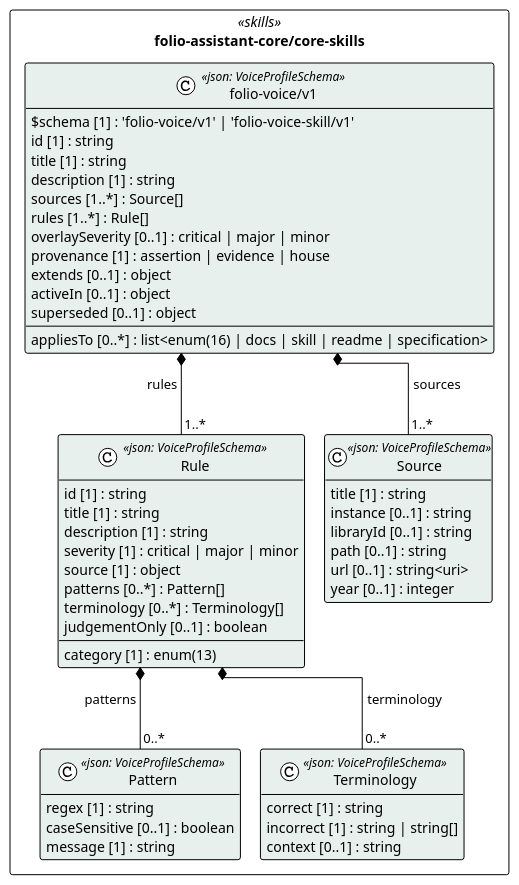
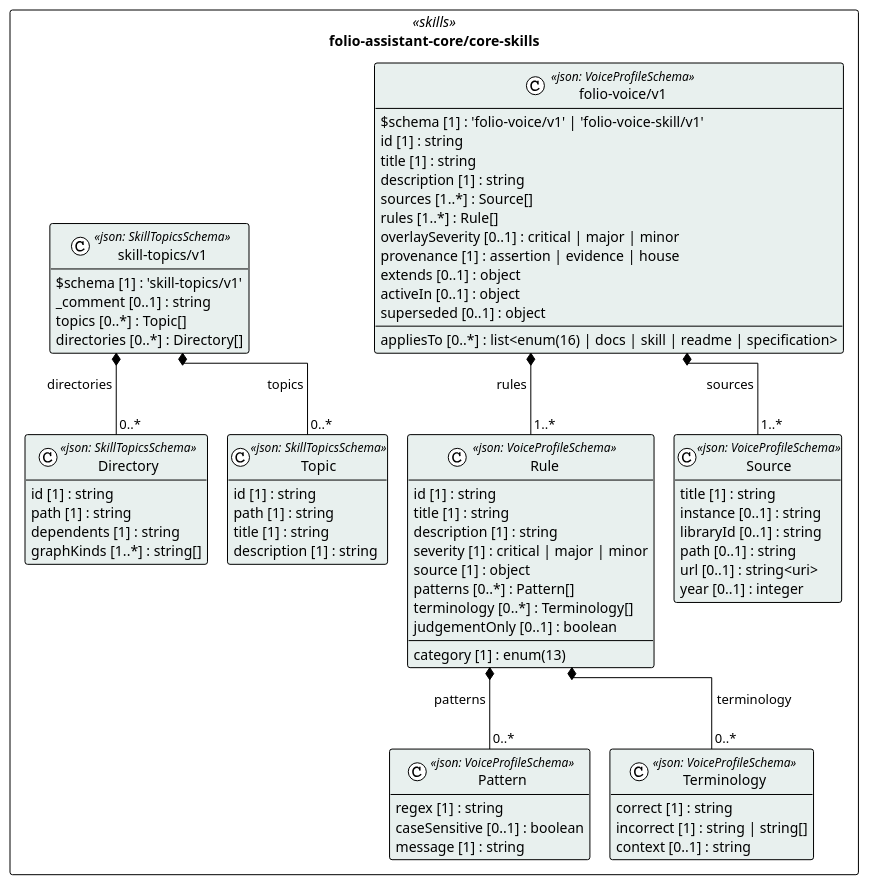
The diagram in cat-harness/uml/overview/folio-assistant-core/core-skills.puml (litlfred/folio-assistant), drawn with PlantUML before and after one commit. The commit also changed 93 other files, not shown here.

```diff
--- a/cat-harness/uml/overview/folio-assistant-core/core-skills.puml
+++ b/cat-harness/uml/overview/folio-assistant-core/core-skills.puml
@@ -3,59 +3,79 @@
 @startuml folio_assistant_core_core_skills
 !pragma layout elk
 !theme plain
 skinparam classAttributeIconSize 0
 skinparam shadowing false
 skinparam packageStyle rectangle
 hide empty methods
 
 package "folio-assistant-core/core-skills" as pkg_folio_assistant_core_core_skills <<skills>> {
   class "Source" as folio_assistant_core_core_skills_folio_voice_v1_Source <<json: VoiceProfileSchema>> #e8f0ee {
     title [1] : string
     instance [0..1] : string
     libraryId [0..1] : string
     path [0..1] : string
     url [0..1] : string<uri>
     year [0..1] : integer
   }
   class "Pattern" as folio_assistant_core_core_skills_folio_voice_v1_Pattern <<json: VoiceProfileSchema>> #e8f0ee {
     regex [1] : string
     caseSensitive [0..1] : boolean
     message [1] : string
   }
   class "Terminology" as folio_assistant_core_core_skills_folio_voice_v1_Terminology <<json: VoiceProfileSchema>> #e8f0ee {
     correct [1] : string
     incorrect [1] : string | string[]
     context [0..1] : string
   }
   class "Rule" as folio_assistant_core_core_skills_folio_voice_v1_Rule <<json: VoiceProfileSchema>> #e8f0ee {
     id [1] : string
     title [1] : string
     description [1] : string
     category [1] : enum(13)
     severity [1] : critical | major | minor
     source [1] : object
     patterns [0..*] : Pattern[]
     terminology [0..*] : Terminology[]
     judgementOnly [0..1] : boolean
   }
   class "folio-voice/v1" as folio_assistant_core_core_skills_folio_voice_v1_folio_voice_v1 <<json: VoiceProfileSchema>> #e8f0ee {
     $schema [1] : 'folio-voice/v1' | 'folio-voice-skill/v1'
     id [1] : string
     title [1] : string
     description [1] : string
     sources [1..*] : Source[]
     rules [1..*] : Rule[]
     overlaySeverity [0..1] : critical | major | minor
     appliesTo [0..*] : list<enum(16) | docs | skill | readme | specification>
     provenance [1] : assertion | evidence | house
     extends [0..1] : object
     activeIn [0..1] : object
     superseded [0..1] : object
   }
+  class "Topic" as folio_assistant_core_core_skills_skill_topics_v1_Topic <<json: SkillTopicsSchema>> #e8f0ee {
+    id [1] : string
+    path [1] : string
+    title [1] : string
+    description [1] : string
+  }
+  class "Directory" as folio_assistant_core_core_skills_skill_topics_v1_Directory <<json: SkillTopicsSchema>> #e8f0ee {
+    id [1] : string
+    path [1] : string
+    dependents [1] : string
+    graphKinds [1..*] : string[]
+  }
+  class "skill-topics/v1" as folio_assistant_core_core_skills_skill_topics_v1_skill_topics_v1 <<json: SkillTopicsSchema>> #e8f0ee {
+    $schema [1] : 'skill-topics/v1'
+    _comment [0..1] : string
+    topics [0..*] : Topic[]
+    directories [0..*] : Directory[]
+  }
 }
 
 folio_assistant_core_core_skills_folio_voice_v1_folio_voice_v1 *-- "1..*" folio_assistant_core_core_skills_folio_voice_v1_Source : sources
 folio_assistant_core_core_skills_folio_voice_v1_Rule *-- "0..*" folio_assistant_core_core_skills_folio_voice_v1_Pattern : patterns
 folio_assistant_core_core_skills_folio_voice_v1_Rule *-- "0..*" folio_assistant_core_core_skills_folio_voice_v1_Terminology : terminology
 folio_assistant_core_core_skills_folio_voice_v1_folio_voice_v1 *-- "1..*" folio_assistant_core_core_skills_folio_voice_v1_Rule : rules
+folio_assistant_core_core_skills_skill_topics_v1_skill_topics_v1 *-- "0..*" folio_assistant_core_core_skills_skill_topics_v1_Topic : topics
+folio_assistant_core_core_skills_skill_topics_v1_skill_topics_v1 *-- "0..*" folio_assistant_core_core_skills_skill_topics_v1_Directory : directories
 @enduml
```
